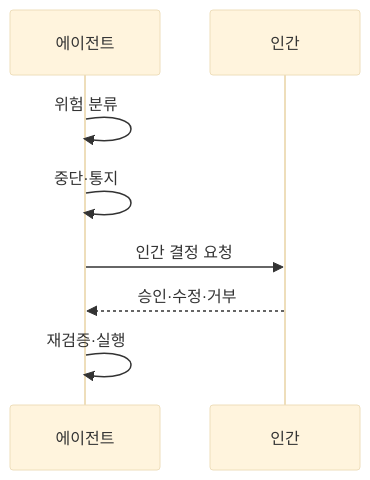
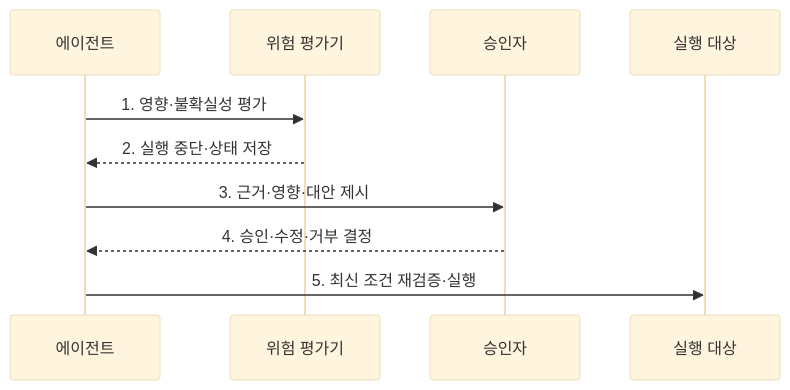
Before and after one commit to agnusdei1207/knowledge-base: the diagram in src/content/docs/notes/08-latest-tech/019_human_in_the_loop_agent.md, drawn with Mermaid (base theme). The commit also changed other lines of this file and 16 other files, not shown here.

Commit message:
Add SVM chart comparisons and continue latest technology rewrite

````diff
--- a/src/content/docs/notes/08-latest-tech/019_human_in_the_loop_agent.md
+++ b/src/content/docs/notes/08-latest-tech/019_human_in_the_loop_agent.md
@@ -63,10 +63,12 @@
 ```mermaid
 sequenceDiagram
     participant A as 에이전트
-    participant H as 인간
-    A->>A: 위험 분류
-    A->>A: 중단·통지
-    A->>H: 인간 결정 요청
-    H-->>A: 승인·수정·거부
-    A->>A: 재검증·실행
+    participant R as 위험 평가기
+    participant H as 승인자
+    participant T as 실행 대상
+    A->>R: 1. 영향·불확실성 평가
+    R-->>A: 2. 실행 중단·상태 저장
+    A->>H: 3. 근거·영향·대안 제시
+    H-->>A: 4. 승인·수정·거부 결정
+    A->>T: 5. 최신 조건 재검증·실행
 ```
````
